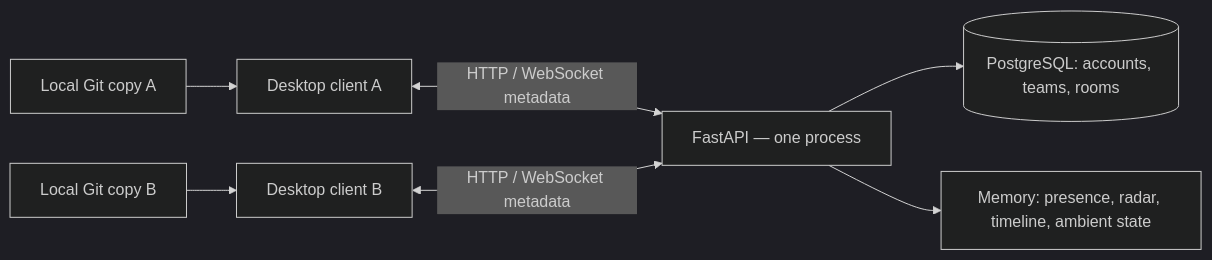
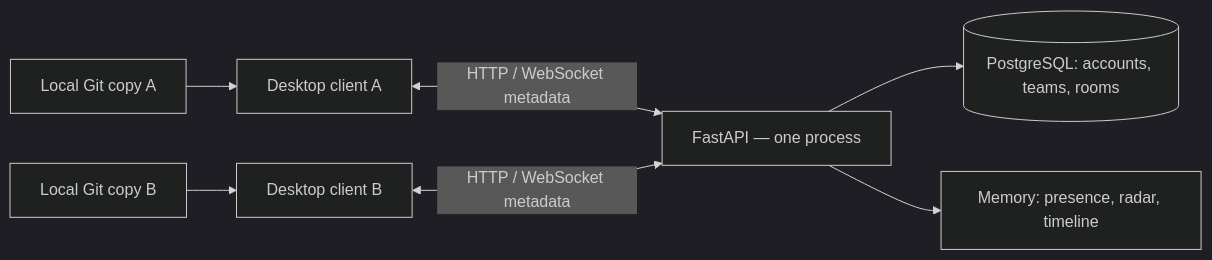
Before and after one commit to ItzSoftTheFox/DiGitA: the diagram in docs/development.md, drawn with Mermaid (dark theme). The commit also changed other lines of this file and 62 other files, not shown here.

````diff
--- a/docs/development.md
+++ b/docs/development.md
@@ -153,9 +152,9 @@
 ```mermaid
 flowchart LR
     A[Local Git copy A] --> B[Desktop client A]
     C[Local Git copy B] --> D[Desktop client B]
     B <-->|HTTP / WebSocket metadata| E[FastAPI — one process]
     D <-->|HTTP / WebSocket metadata| E
     E --> F[(PostgreSQL: accounts, teams, rooms)]
-    E --> G[Memory: presence, radar, timeline, ambient state]
+    E --> G[Memory: presence, radar, timeline]
 ```
````
